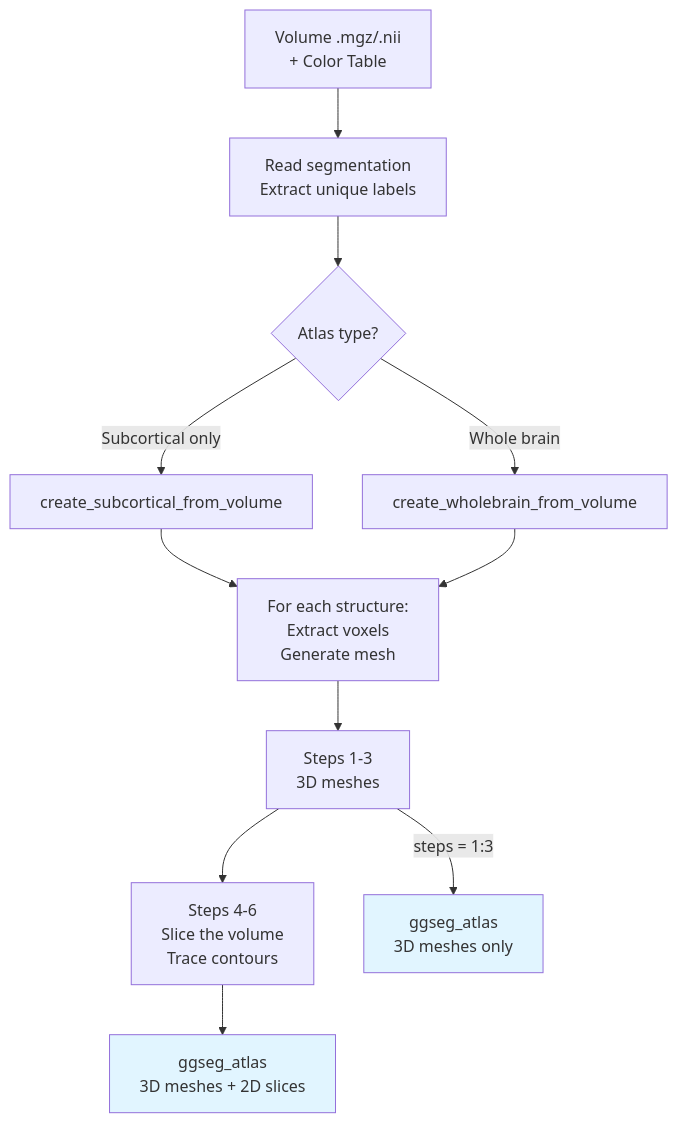
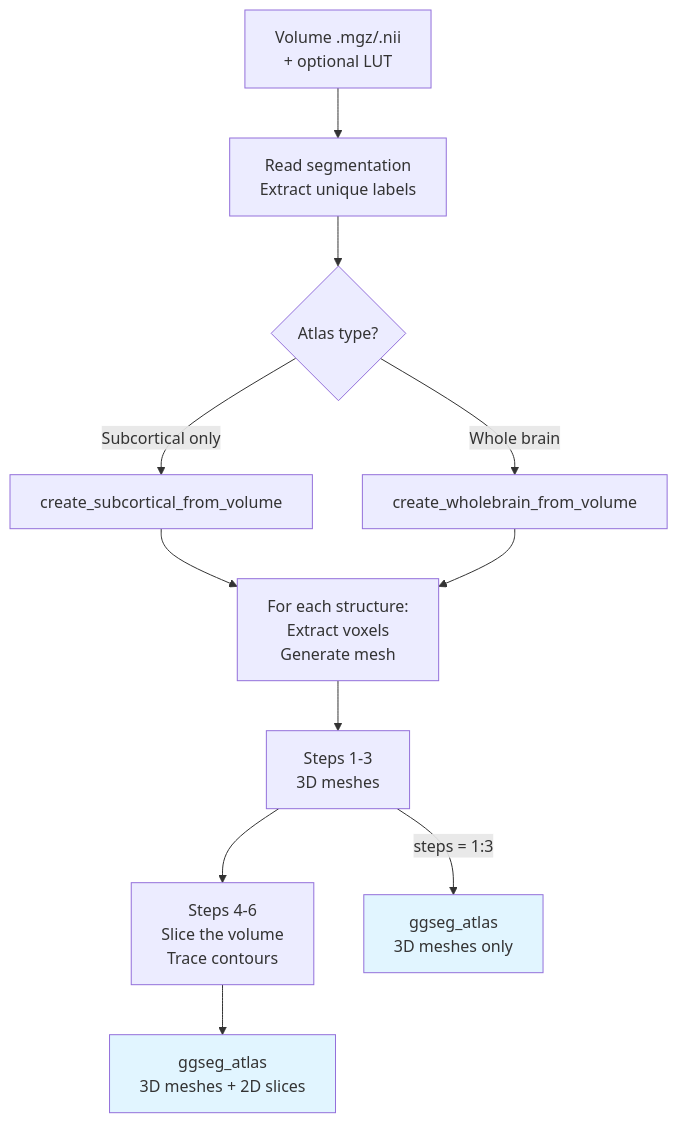
One commit to ggsegverse/ggseg.extra changed the third of 6 diagrams in vignettes/atlas-workflows.qmd. Above: the diagram before and after it, drawn with Mermaid. The commit also changed other lines of this file and 3 other files, not shown here.

First line of the commit message:
docs: make atlas-workflows its diagrams, and make the diagrams true (#310)

````diff
--- a/vignettes/atlas-workflows.qmd
+++ b/vignettes/atlas-workflows.qmd
@@ -105,22 +88,22 @@
 ```{mermaid}
 %%| label: fig-subcortical
 %%| fig-width: 10
 %%| fig-cap: "Subcortical and whole-brain volumetric atlas pipeline"
 %%| fig-alt: "Flowchart showing volumetric atlas creation from volume files with colour tables, branching between subcortical-only and whole-brain options, extracting voxels and generating a mesh per structure, then either stopping at steps 1 to 3 for a 3D-only atlas or continuing through steps 4 to 6 to slice the volume and trace contours for an atlas with both 3D meshes and 2D slices"
 flowchart TB
-    A[Volume .mgz/.nii<br/>+ Color Table] --> B[Read segmentation<br/>Extract unique labels]
+    A[Volume .mgz/.nii<br/>+ optional LUT] --> B[Read segmentation<br/>Extract unique labels]
     B --> C{Atlas type?}
     C -->|Subcortical only| D[create_subcortical_from_volume]
     C -->|Whole brain| E[create_wholebrain_from_volume]
 
     D --> F[For each structure:<br/>Extract voxels<br/>Generate mesh]
     E --> F
 
     F --> G["Steps 1-3<br/>3D meshes"]
     G --> S["Steps 4-6<br/>Slice the volume<br/>Trace contours"]
     S --> H[ggseg_atlas<br/>3D meshes + 2D slices]
     G -->|steps = 1:3| H2[ggseg_atlas<br/>3D meshes only]
 
     style H fill:#e1f5ff
     style H2 fill:#e1f5ff
 ```
````
